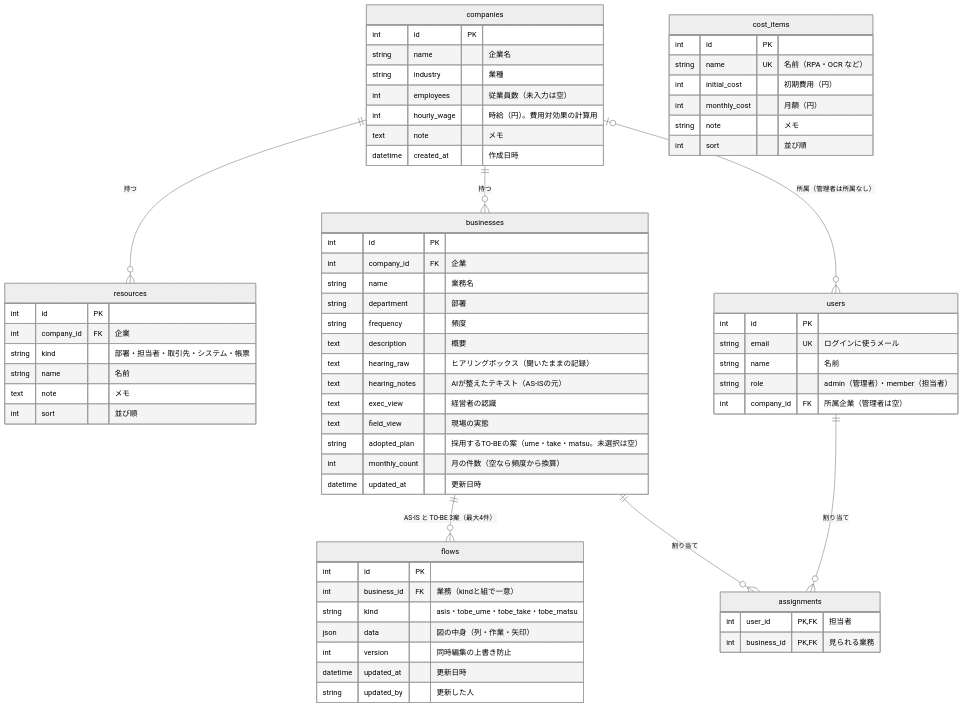
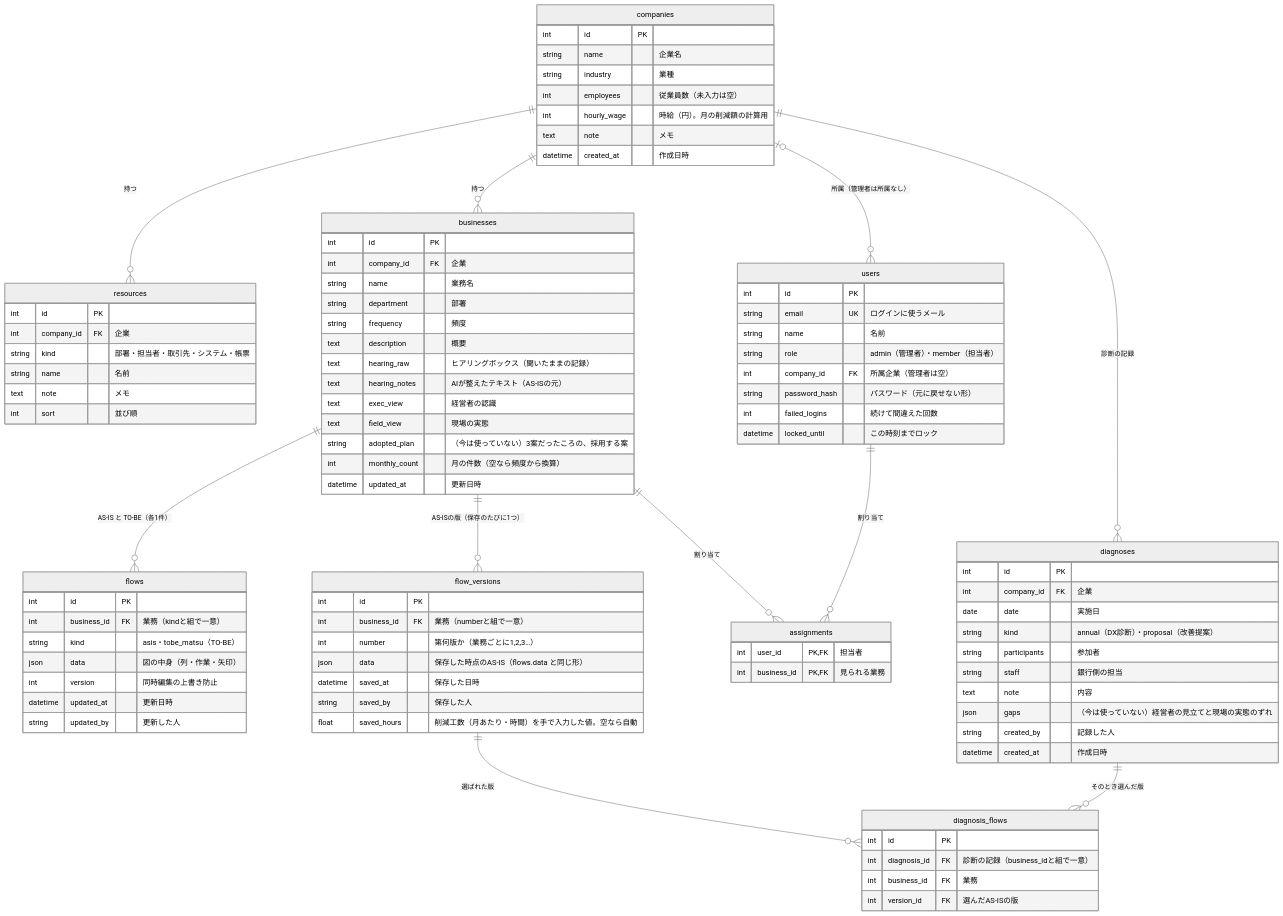
One commit to massuikeda/zero-4-app changed the diagram in docs/ER.md. Above: the diagram before and after it, drawn with Mermaid (neutral theme). The commit also changed other lines of this file and 26 other files, not shown here.

```diff
--- a/docs/ER.md
+++ b/docs/ER.md
@@ -7,7 +7,11 @@
     companies ||--o{ resources : "持つ"
     companies ||--o{ businesses : "持つ"
     companies |o--o{ users : "所属（管理者は所属なし）"
-    businesses ||--o{ flows : "AS-IS と TO-BE 3案（最大4件）"
+    businesses ||--o{ flows : "AS-IS と TO-BE（各1件）"
+    companies ||--o{ diagnoses : "診断の記録"
+    businesses ||--o{ flow_versions : "AS-ISの版（保存のたびに1つ）"
+    diagnoses ||--o{ diagnosis_flows : "そのとき選んだ版"
+    flow_versions ||--o{ diagnosis_flows : "選ばれた版"
     businesses ||--o{ assignments : "割り当て"
     users ||--o{ assignments : "割り当て"
 
@@ -16,9 +20,36 @@
         string name "企業名"
         string industry "業種"
         int employees "従業員数（未入力は空）"
-        int hourly_wage "時給（円）。費用対効果の計算用"
+        int hourly_wage "時給（円）。月の削減額の計算用"
         text note "メモ"
         datetime created_at "作成日時"
+    }
+    diagnoses {
+        int id PK
+        int company_id FK "企業"
+        date date "実施日"
+        string kind "annual（DX診断）・proposal（改善提案）"
+        string participants "参加者"
+        string staff "銀行側の担当"
+        text note "内容"
+        json gaps "（今は使っていない）経営者の見立てと現場の実態のずれ"
+        string created_by "記録した人"
+        datetime created_at "作成日時"
+    }
+    flow_versions {
+        int id PK
+        int business_id FK "業務（numberと組で一意）"
+        int number "第何版か（業務ごとに1,2,3…）"
+        json data "保存した時点のAS-IS（flows.data と同じ形）"
+        datetime saved_at "保存した日時"
+        string saved_by "保存した人"
+        float saved_hours "削減工数（月あたり・時間）を手で入力した値。空なら自動"
+    }
+    diagnosis_flows {
+        int id PK
+        int diagnosis_id FK "診断の記録（business_idと組で一意）"
+        int business_id FK "業務"
+        int version_id FK "選んだAS-ISの版"
     }
     resources {
         int id PK
@@ -34,6 +65,9 @@
         string name "名前"
         string role "admin（管理者）・member（担当者）"
         int company_id FK "所属企業（管理者は空）"
+        string password_hash "パスワード（元に戻せない形）"
+        int failed_logins "続けて間違えた回数"
+        datetime locked_until "この時刻までロック"
     }
     businesses {
         int id PK
@@ -46,26 +80,18 @@
         text hearing_notes "AIが整えたテキスト（AS-ISの元）"
         text exec_view "経営者の認識"
         text field_view "現場の実態"
-        string adopted_plan "採用するTO-BEの案（ume・take・matsu。未選択は空）"
+        string adopted_plan "（今は使っていない）3案だったころの、採用する案"
         int monthly_count "月の件数（空なら頻度から換算）"
         datetime updated_at "更新日時"
     }
     flows {
         int id PK
         int business_id FK "業務（kindと組で一意）"
-        string kind "asis・tobe_ume・tobe_take・tobe_matsu"
+        string kind "asis・tobe_matsu（TO-BE）"
         json data "図の中身（列・作業・矢印）"
         int version "同時編集の上書き防止"
         datetime updated_at "更新日時"
         string updated_by "更新した人"
-    }
-    cost_items {
-        int id PK
-        string name UK "名前（RPA・OCR など）"
-        int initial_cost "初期費用（円）"
-        int monthly_cost "月額（円）"
-        string note "メモ"
-        int sort "並び順"
     }
     assignments {
         int user_id PK,FK "担当者"
```
